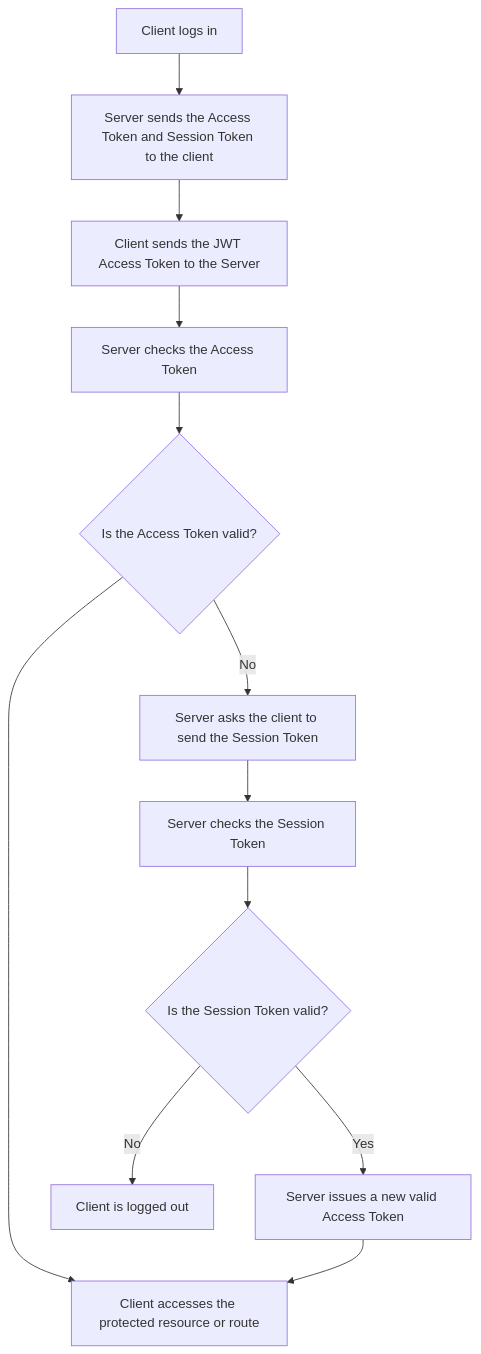
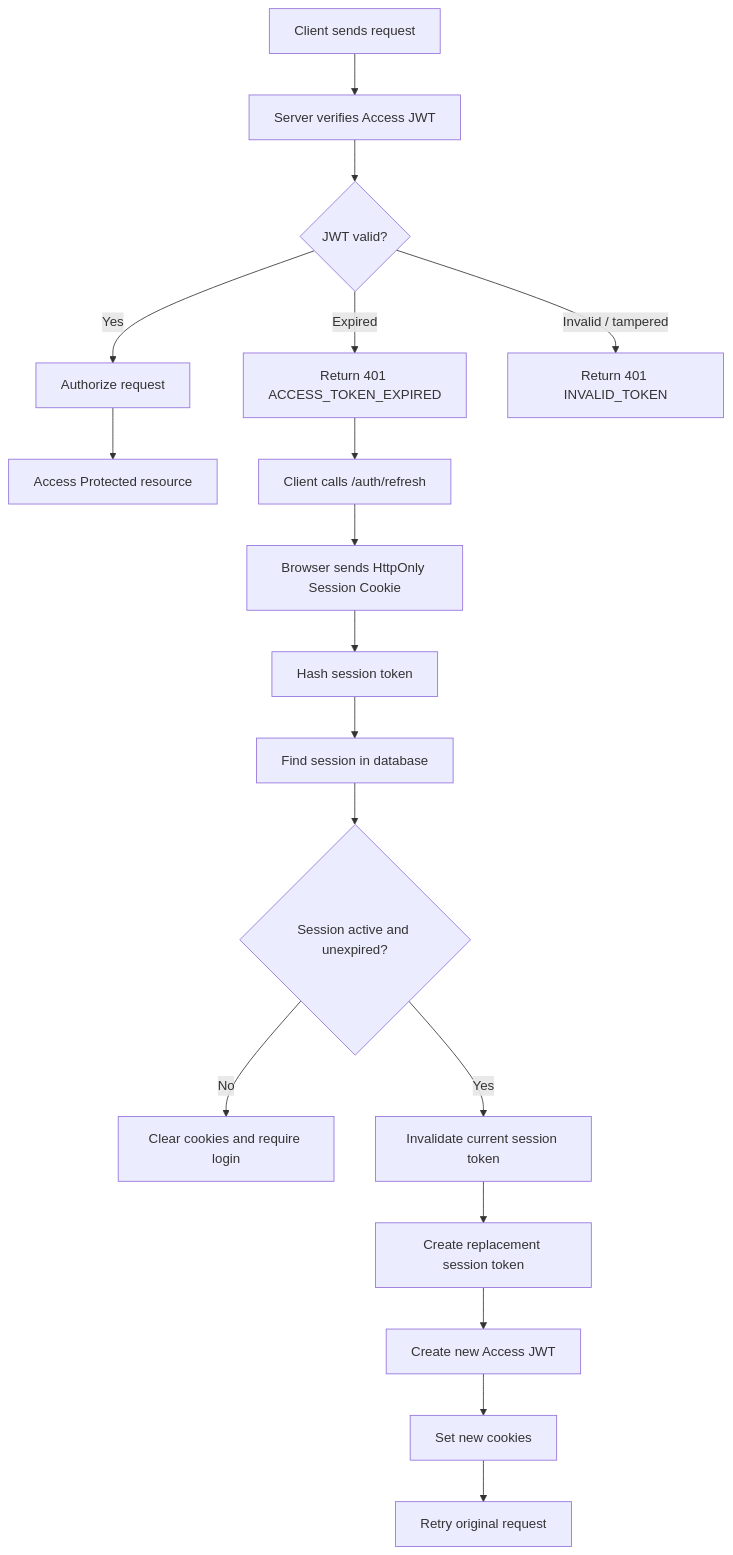
Before and after one commit to Gea73/MintPage: the diagram in docs/auth.md, drawn with Mermaid. The commit also changed other lines of this file, not shown here.

Commit message:
docs:Authentication Reworked

````diff
--- a/docs/auth.md
+++ b/docs/auth.md
@@ -3,16 +3,31 @@
 ```mermaid
- flowchart TD
-    1[Client logs in] -->
-    2[Server sends the Access Token and Session Token to the client] -->
-    3[Client sends the JWT Access Token to the Server] -->
-    4[Server checks the Access Token] -->
-    5{Is the Access Token valid?} -->
-    6[Client accesses the protected resource or route]
+flowchart TD
+    A[Client sends request] --> B[Server verifies Access JWT]
 
-    5 -->|No| 7[Server asks the client to send the Session Token]
-    7 --> 8[Server checks the Session Token]
-    8 --> 9{Is the Session Token valid?}
-    9 -->|Yes| 10[Server issues a new valid Access Token]
-    10 --> 6
-    9 -->|No| 11[Client is logged out]
+    B --> C{JWT valid?}
+
+    C -->|Yes| D[Authorize request]
+    D --> E[Access Protected resource]
+
+    C -->|Expired| F[Return 401 ACCESS_TOKEN_EXPIRED]
+
+    C -->|Invalid / tampered| G[Return 401 INVALID_TOKEN]
+
+    F --> H[Client calls /auth/refresh]
+    H --> I[Browser sends HttpOnly Session Cookie]
+
+    I --> J[Hash session token]
+    J --> K[Find session in database]
+
+    K --> L{Session active and unexpired?}
+
+    L -->|No| M[Clear cookies and require login]
+
+    L -->|Yes| N[Invalidate current session token]
+    N --> O[Create replacement session token]
+    O --> P[Create new Access JWT]
+    P --> Q[Set new cookies]
+    Q --> R[Retry original request]
+
+
 ```
````
